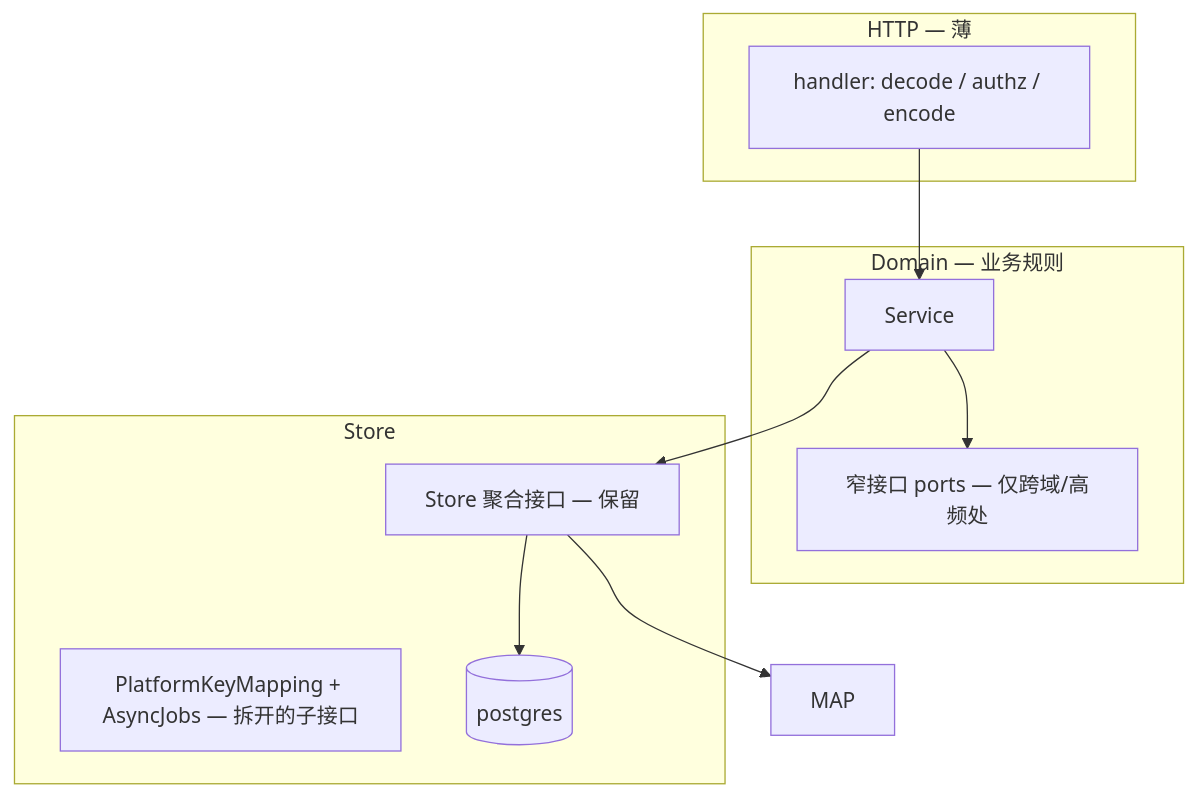
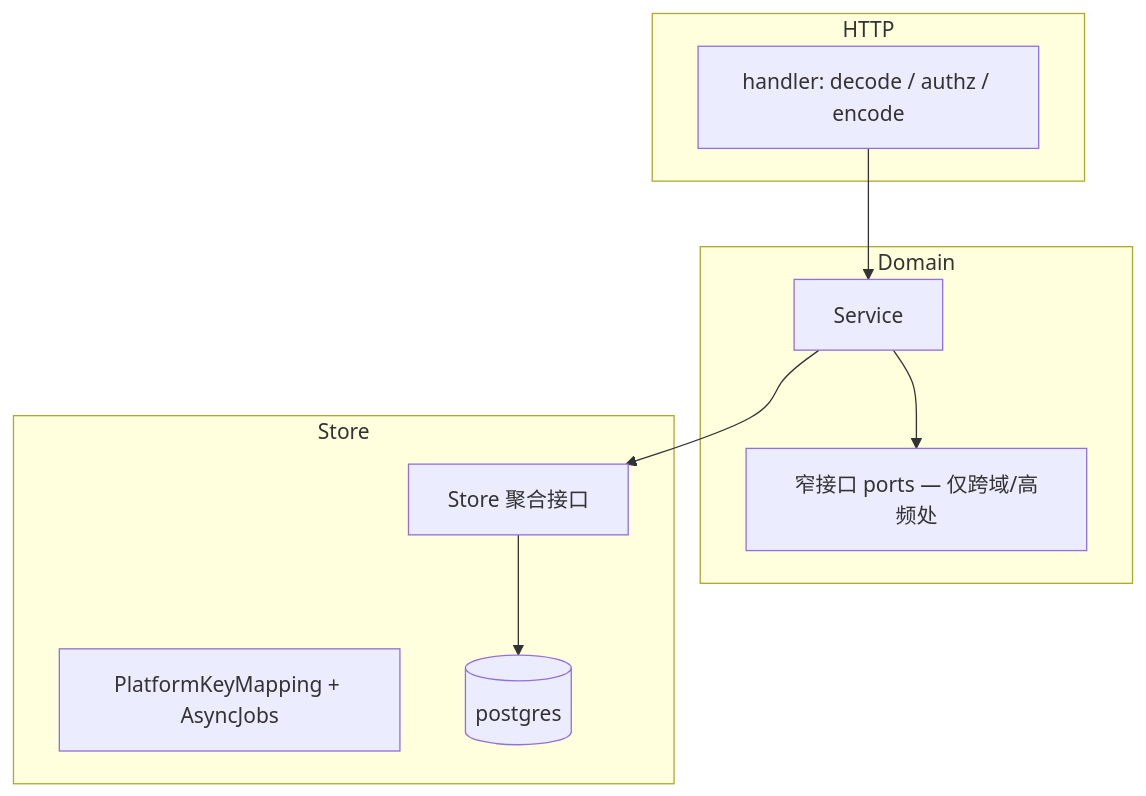
Before and after one commit to quyip8818/mytokenjoy: the diagram in docs/Backend-重构建议.md, drawn with Mermaid. The commit also changed other lines of this file and 106 other files, not shown here.

````diff
--- a/docs/Backend-重构建议.md
+++ b/docs/Backend-重构建议.md
@@ -26,20 +25,19 @@
 ```mermaid
 flowchart TB
-  subgraph transport [HTTP — 薄]
+  subgraph transport [HTTP]
     H[handler: decode / authz / encode]
   end
-  subgraph domain [Domain — 业务规则]
+  subgraph domain [Domain]
     SVC[Service]
     PORTS[窄接口 ports — 仅跨域/高频处]
   end
   subgraph persistence [Store]
-    ST[Store 聚合接口 — 保留]
-    NEWAPI[PlatformKeyMapping + AsyncJobs — 拆开的子接口]
+    ST[Store 聚合接口]
+    NEWAPI[PlatformKeyMapping + AsyncJobs]
     PG[(postgres)]
   end
   H --> SVC
   SVC --> ST
   SVC --> PORTS
-  ST --> MAP
   ST --> PG
 ```
````
